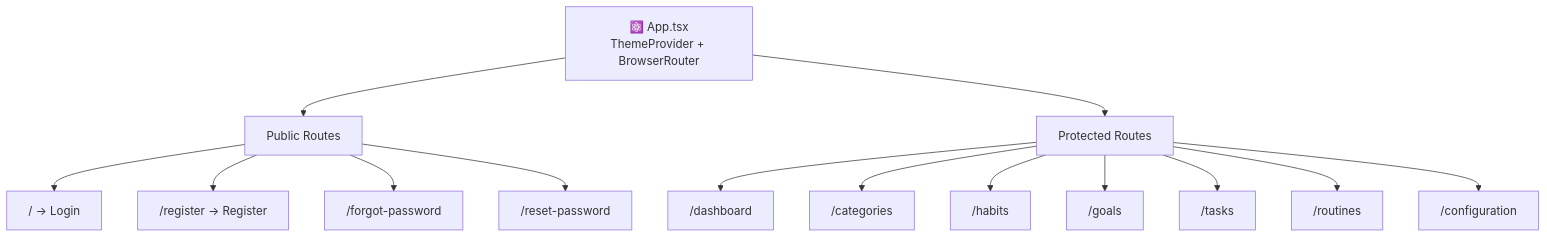
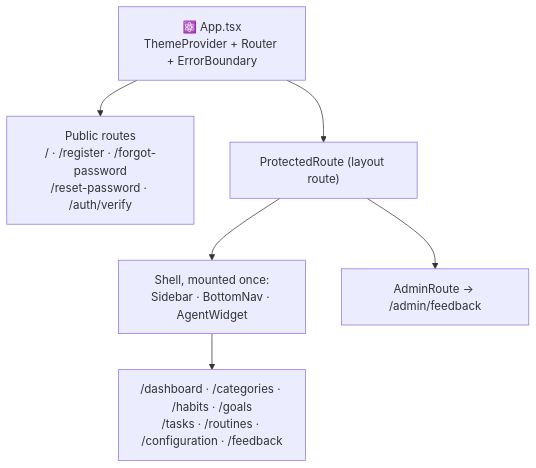
One commit to AndDev741/Beyou-arch-design changed the diagram in architecture/ui-components/en.md. Above: the diagram before and after it, drawn with Mermaid. The commit also changed other lines of this file and 7 other files, not shown here.

First line of the commit message:
docs(architecture): ui-components and redux-data enter the monorepo era

````diff
--- a/architecture/ui-components/en.md
+++ b/architecture/ui-components/en.md
@@ -12,19 +10,9 @@
 ```mermaid
 flowchart TD
-  APP["⚛️ App.tsx<br/>ThemeProvider + BrowserRouter"]
-  APP --> PUBLIC["Public Routes"]
-  APP --> PROTECTED["Protected Routes"]
-
-  PUBLIC --> LOGIN["/ → Login"]
-  PUBLIC --> REG["/register → Register"]
-  PUBLIC --> FORGOT["/forgot-password"]
-  PUBLIC --> RESET["/reset-password"]
-
-  PROTECTED --> DASH["/dashboard"]
-  PROTECTED --> CAT["/categories"]
-  PROTECTED --> HAB["/habits"]
-  PROTECTED --> GOAL["/goals"]
-  PROTECTED --> TASK["/tasks"]
-  PROTECTED --> RTN["/routines"]
-  PROTECTED --> CFG["/configuration"]
+  APP["⚛️ App.tsx<br/>ThemeProvider + Router + ErrorBoundary"]
+  APP --> PUB["Public routes<br/>/ · /register · /forgot-password<br/>/reset-password · /auth/verify"]
+  APP --> PROT["ProtectedRoute (layout route)"]
+  PROT --> SHELL["Shell, mounted once:<br/>Sidebar · BottomNav · AgentWidget"]
+  SHELL --> PAGES["/dashboard · /categories · /habits · /goals<br/>/tasks · /routines · /configuration · /feedback"]
+  PROT --> ADMIN["AdminRoute → /admin/feedback"]
 ```
````
